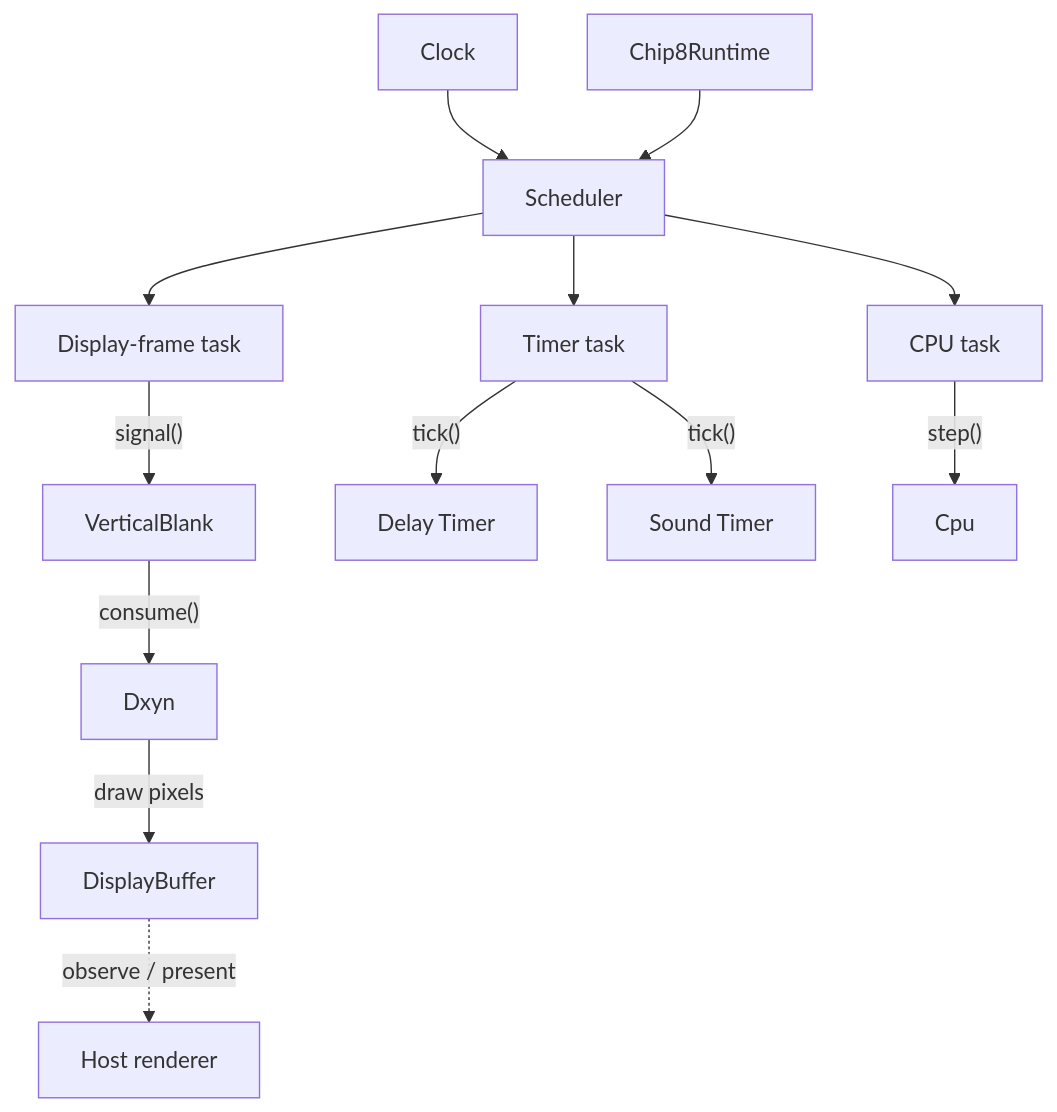
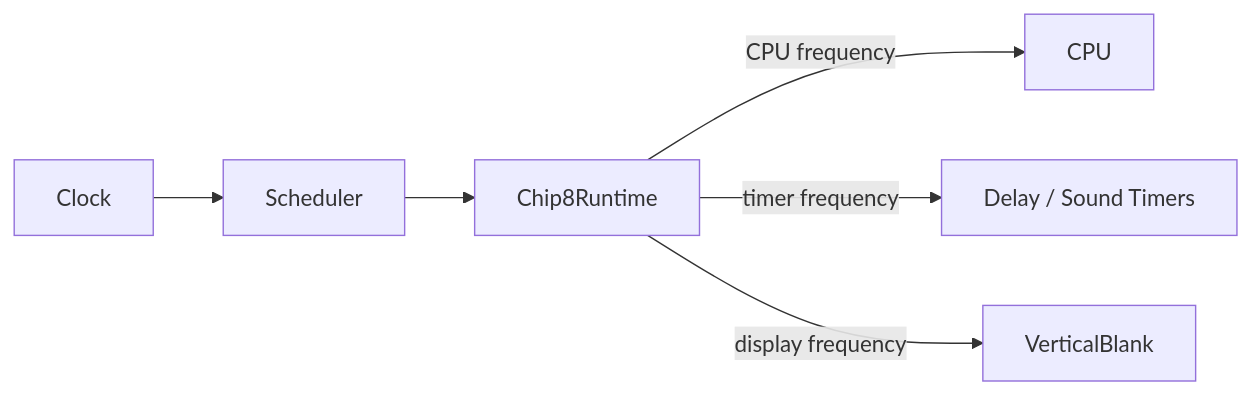
Before and after one commit to fa-ribeiro/Chip8NX: the fifth of 8 diagrams in docs/architecture/overview.md, drawn with Mermaid. The commit also changed other lines of this file and 4 other files, not shown here.

````diff
--- a/docs/architecture/overview.md
+++ b/docs/architecture/overview.md
@@ -247,36 +227,17 @@
 ```mermaid
-flowchart TB
+flowchart LR
     Clock["Clock"]
     Scheduler["Scheduler"]
     Runtime["Chip8Runtime"]
 
-    VBlankTask["Display-frame task"]
-    TimerTask["Timer task"]
-    CpuTask["CPU task"]
-
+    Cpu["CPU"]
+    Timers["Delay / Sound Timers"]
     VBlank["VerticalBlank"]
-    Delay["Delay Timer"]
-    Sound["Sound Timer"]
-    Cpu["Cpu"]
-
-    Draw["Dxyn"]
-    Buffer["DisplayBuffer"]
-    Host["Host renderer"]
 
     Clock --> Scheduler
-    Runtime --> Scheduler
+    Scheduler --> Runtime
 
-    Scheduler --> VBlankTask
-    Scheduler --> TimerTask
-    Scheduler --> CpuTask
-
-    VBlankTask -->|"signal()"| VBlank
-    TimerTask -->|"tick()"| Delay
-    TimerTask -->|"tick()"| Sound
-    CpuTask -->|"step()"| Cpu
-
-    VBlank -->|"consume()"| Draw
-    Draw -->|"draw pixels"| Buffer
-
-    Buffer -. "observe / present" .-> Host
+    Runtime -->|"CPU frequency"| Cpu
+    Runtime -->|"timer frequency"| Timers
+    Runtime -->|"display frequency"| VBlank
 ```
````
